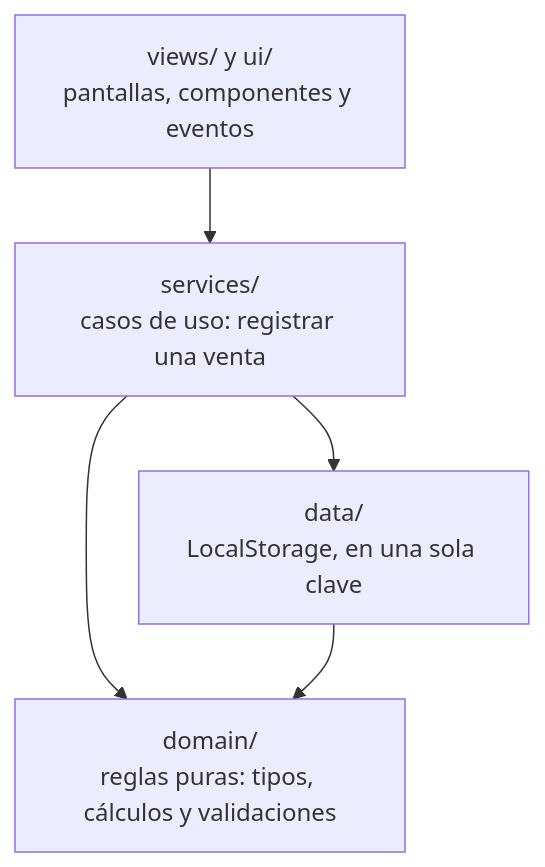
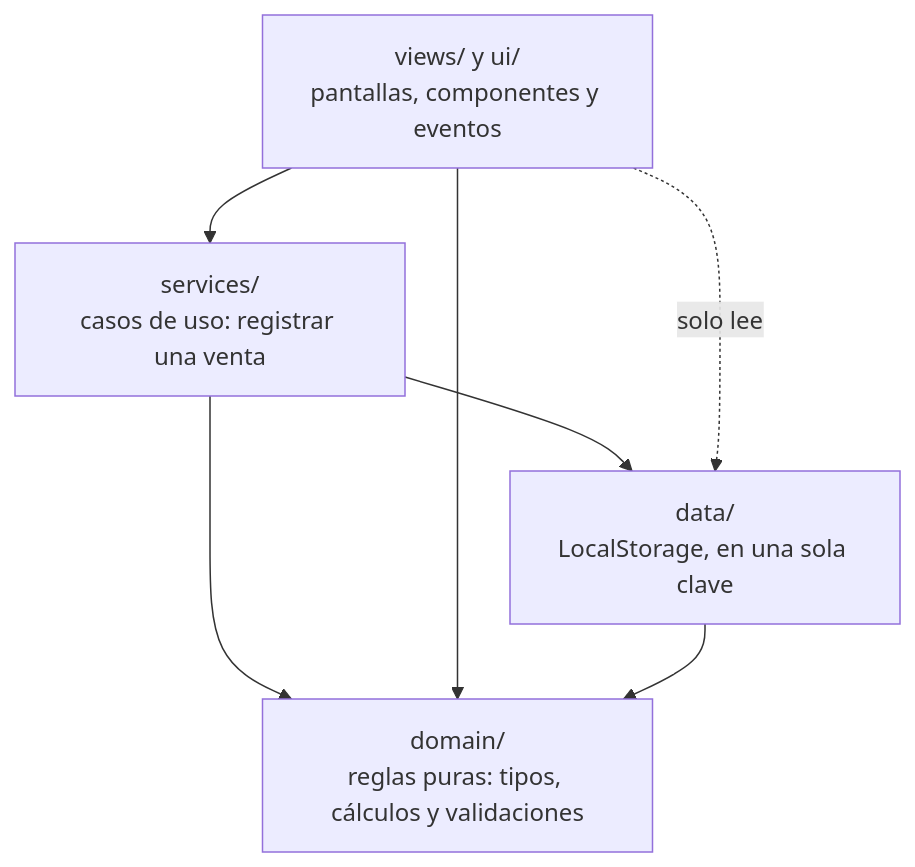
Before and after one commit to nachofavot/nexo-business-management: the diagram in README.md, drawn with Mermaid. The commit also changed other lines of this file and 1 other file, not shown here.

````diff
--- a/README.md
+++ b/README.md
@@ -94,7 +94,9 @@
 ```mermaid
 flowchart TD
   V["views/ y ui/<br/>pantallas, componentes y eventos"] --> S["services/<br/>casos de uso: registrar una venta"]
   S --> D["domain/<br/>reglas puras: tipos, cálculos y validaciones"]
   S --> B["data/<br/>LocalStorage, en una sola clave"]
+  V --> D
+  V -.->|solo lee| B
   B --> D
 ```
````
